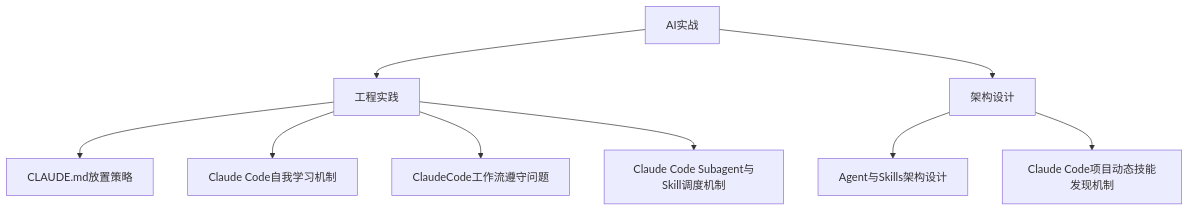
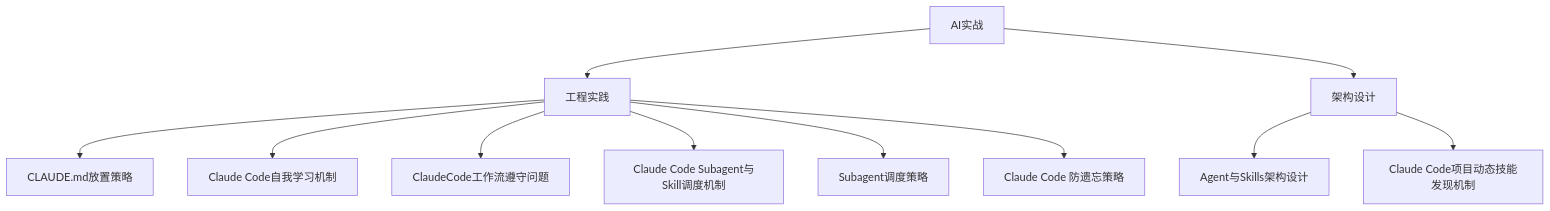
One commit to Treasoni/Study-Notes changed the diagram in AI实战/AI实战 MOC.md. Above: the diagram before and after it, drawn with Mermaid. The commit also changed other lines of this file and 2 other files, not shown here.

Commit message:
vault backup: 2026-05-24 22:17:56

````diff
--- a/AI实战/AI实战 MOC.md
+++ b/AI实战/AI实战 MOC.md
@@ -10,13 +10,15 @@
 ```mermaid
 graph TD
     Root[AI实战]
     Root --> Eng[工程实践]
     Root --> Arch[架构设计]
     Eng --> N1[CLAUDE.md放置策略]
     Eng --> N2[Claude Code自我学习机制]
     Eng --> N3[ClaudeCode工作流遵守问题]
     Eng --> N4[Claude Code Subagent与Skill调度机制]
+    Eng --> N6[Subagent调度策略]
+    Eng --> N7[Claude Code 防遗忘策略]
     Arch --> N5[Agent与Skills架构设计]
-    Arch --> N6[Claude Code项目动态技能发现机制]
-    class N1,N2,N3,N4,N5,N6 internal-link;
+    Arch --> N8[Claude Code项目动态技能发现机制]
+    class N1,N2,N3,N4,N5,N6,N7,N8 internal-link;
 ```
````
